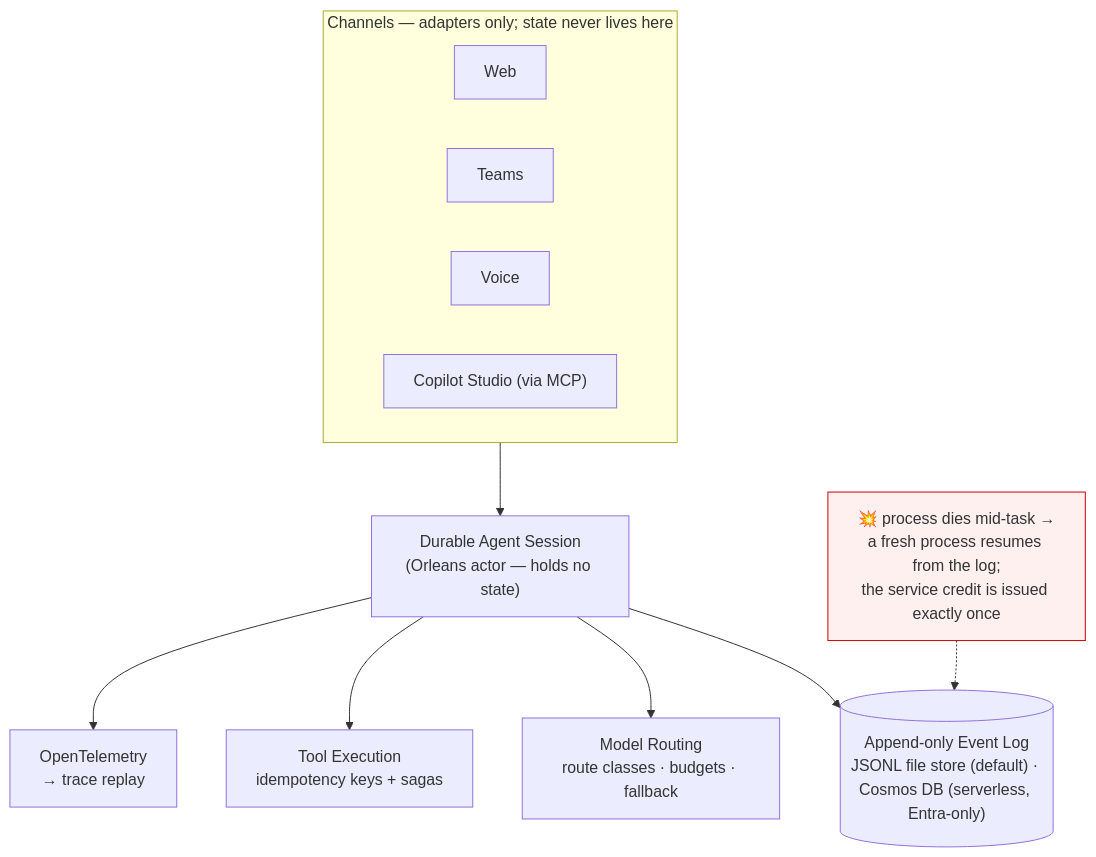
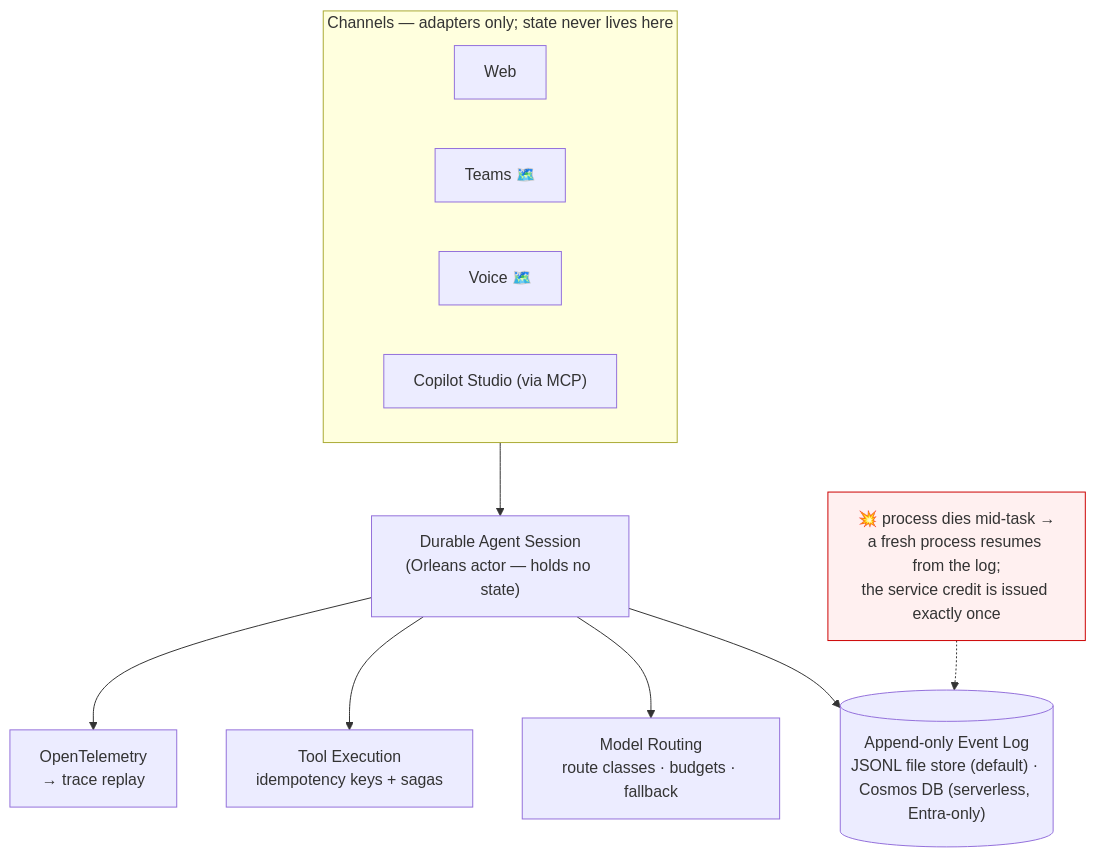
One commit to parammadan/aurelia changed the diagram in README.md. Above: the diagram before and after it, drawn with Mermaid. The commit also changed other lines of this file, not shown here.

````diff
--- a/README.md
+++ b/README.md
@@ -19,24 +19,24 @@
 ```mermaid
 flowchart TD
     subgraph CH["Channels — adapters only; state never lives here"]
         WEB["Web"]
-        TEAMS["Teams"]
-        VOICE["Voice"]
+        TEAMS["Teams 🗺️"]
+        VOICE["Voice 🗺️"]
         CS["Copilot Studio (via MCP)"]
     end
     SESSION["Durable Agent Session<br/>(Orleans actor — holds no state)"]
     LOG[("Append-only Event Log<br/>JSONL file store (default) · Cosmos DB (serverless, Entra-only)")]
     ROUTE["Model Routing<br/>route classes · budgets · fallback"]
     TOOLS["Tool Execution<br/>idempotency keys + sagas"]
     OTEL["OpenTelemetry<br/>→ trace replay"]
     CRASH["💥 process dies mid-task →<br/>a fresh process resumes from the log;<br/>the service credit is issued exactly once"]
 
     CH --> SESSION
     SESSION --> LOG
     SESSION --> ROUTE
     SESSION --> TOOLS
     SESSION --> OTEL
     CRASH -.-> LOG
 
     style CRASH fill:#fff0f0,stroke:#cc0000
 ```
````
